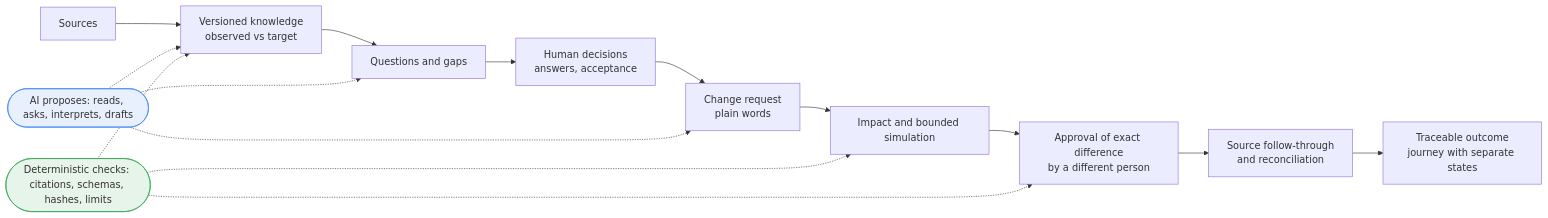
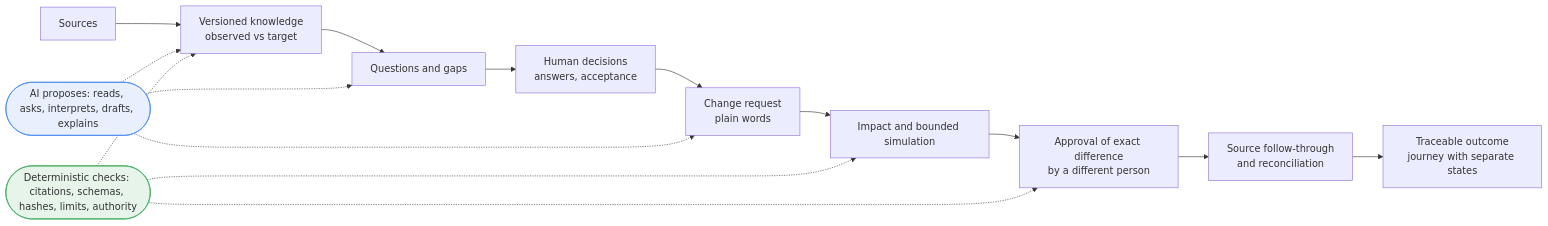
One commit to francisnguyenanh/Ripple-finale changed the first of 2 diagrams in README.md. Above: the diagram before and after it, drawn with Mermaid. The commit also changed other lines of this file and 232 other files, not shown here.

First line of the commit message:
Update to the source snapshot cadf555: request task screens, request assistant with typed authority and citations, interface slices, guided preparation off by default; README and provenance for this preview

````diff
--- a/README.md
+++ b/README.md
@@ -58,19 +66,19 @@
 ```mermaid
 flowchart LR
   S["Sources"] --> K["Versioned knowledge<br/>observed vs target"]
   K --> Q["Questions and gaps"]
   Q --> D["Human decisions<br/>answers, acceptance"]
   D --> C["Change request<br/>plain words"]
   C --> I["Impact and bounded simulation"]
   I --> A["Approval of exact difference<br/>by a different person"]
   A --> R["Source follow-through<br/>and reconciliation"]
   R --> T["Traceable outcome<br/>journey with separate states"]
-  AI(["AI proposes: reads, asks, interprets, drafts"]):::ai -.-> K
+  AI(["AI proposes: reads, asks, interprets, drafts, explains"]):::ai -.-> K
   AI -.-> Q
   AI -.-> C
-  V(["Deterministic checks: citations, schemas, hashes, limits"]):::det -.-> K
+  V(["Deterministic checks: citations, schemas, hashes, limits, authority"]):::det -.-> K
   V -.-> I
   V -.-> A
   classDef ai fill:#e8f0fe,stroke:#4285f4
   classDef det fill:#e6f4ea,stroke:#34a853
 ```
````
